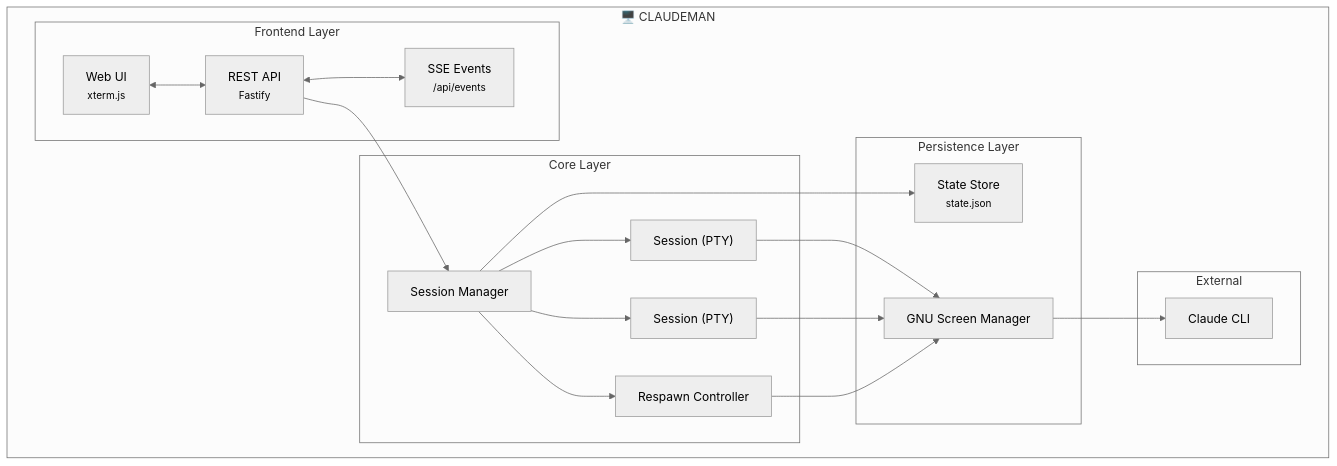
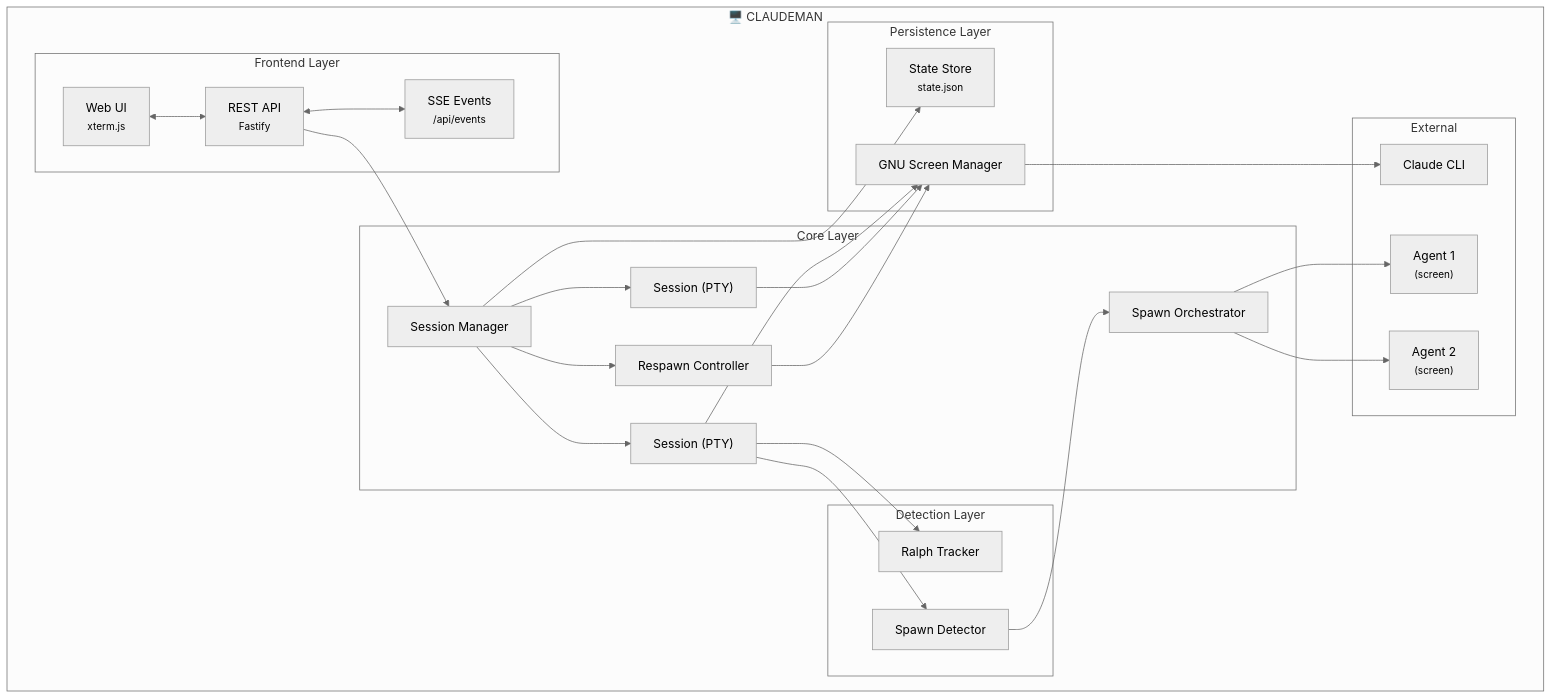
The diagram in README.md (SGudbrandsson/Codeman), drawn with Mermaid (neutral theme) before and after one commit. The commit also changed other lines of this file and 2 other files, not shown here.

First line of the commit message:
docs: update all docs for spawn1337 protocol

````diff
--- a/README.md
+++ b/README.md
@@ -223,38 +270,51 @@
 ```mermaid
 flowchart TB
     subgraph Claudeman["🖥️ CLAUDEMAN"]
         subgraph Frontend["Frontend Layer"]
             UI["Web UI<br/><small>xterm.js</small>"]
             API["REST API<br/><small>Fastify</small>"]
             SSE["SSE Events<br/><small>/api/events</small>"]
         end
 
         subgraph Core["Core Layer"]
             SM["Session Manager"]
             S1["Session (PTY)"]
             S2["Session (PTY)"]
             RC["Respawn Controller"]
+            SO["Spawn Orchestrator"]
+        end
+
+        subgraph Detection["Detection Layer"]
+            RT["Ralph Tracker"]
+            SD["Spawn Detector"]
         end
 
         subgraph Persistence["Persistence Layer"]
             SCR["GNU Screen Manager"]
             SS["State Store<br/><small>state.json</small>"]
         end
 
         subgraph External["External"]
             CLI["Claude CLI"]
+            A1["Agent 1<br/><small>(screen)</small>"]
+            A2["Agent 2<br/><small>(screen)</small>"]
         end
     end
 
     UI <--> API
     API <--> SSE
     API --> SM
     SM --> S1
     SM --> S2
     SM --> RC
     SM --> SS
+    S1 --> RT
+    S1 --> SD
+    SD --> SO
+    SO --> A1
+    SO --> A2
     S1 --> SCR
     S2 --> SCR
     RC --> SCR
     SCR --> CLI
 ```
````
